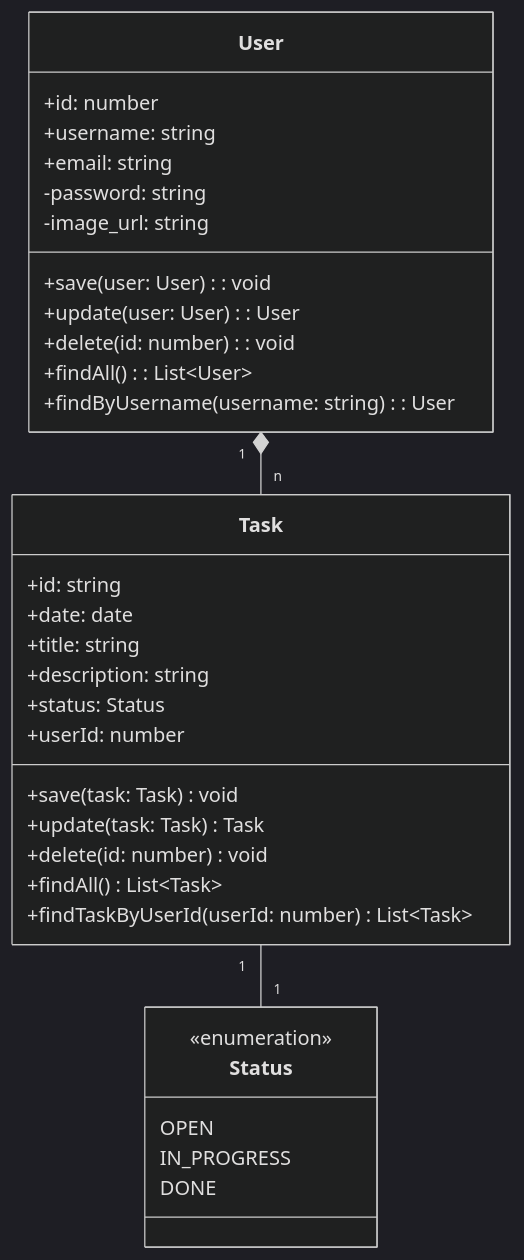
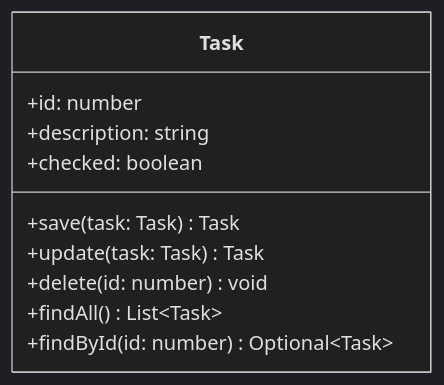
One commit to Elisabete-MO/java-react-todolist changed the diagram in README.md. Above: the diagram before and after it, drawn with Mermaid (dark theme). The commit also changed other lines of this file, not shown here.

````diff
--- a/README.md
+++ b/README.md
@@ -52,39 +51,13 @@
 ```mermaid
 classDiagram
 class Task { 
-    +id: string
-    +date: date
-    +title: string
+    +id: number
     +description: string
-    +status: Status
-    +userId: number
-    +save(task: Task) void
+    +checked: boolean
+    +save(task: Task) Task
     +update(task: Task) Task
     +delete(id: number) void
     +findAll() List~Task~
-    +findTaskByUserId(userId: number) List~Task~
+    +findById(id: number) Optional~Task~
 }
-
-class User {
-    +id: number
-    +username: string
-    +email: string
-    -password: string
-    -image_url: string
-    +save(user: User): void
-    +update(user: User): User
-    +delete(id: number): void
-    +findAll(): List~User~
-    +findByUsername(username: string): User 
-    }
-
-class Status { 
-    <<enumeration>>
-    OPEN
-    IN_PROGRESS
-    DONE 
-    }
-  		
-  User "1" *-- "n" Task
-  Task "1" -- "1" Status
 ```
````
